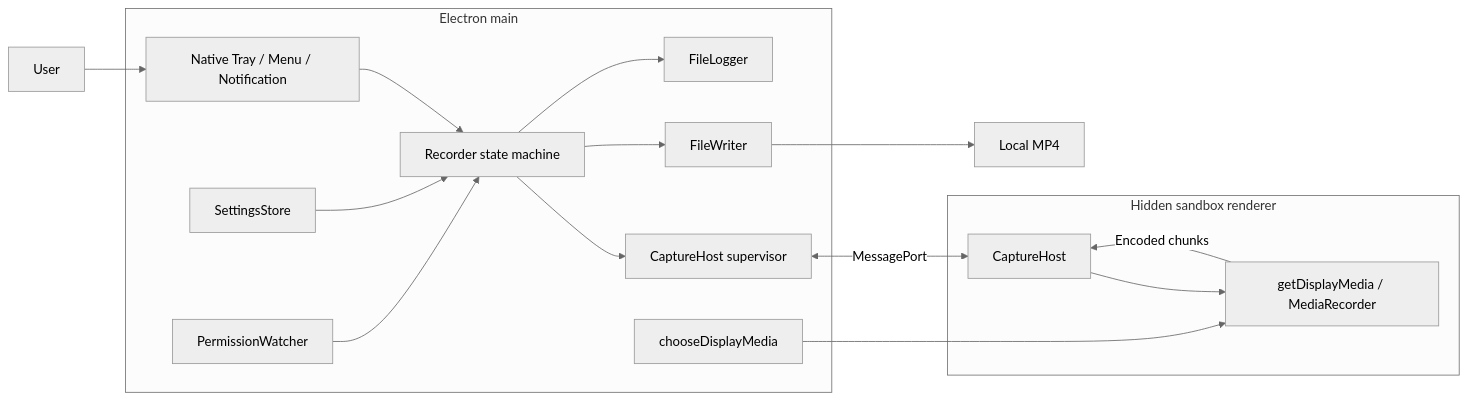
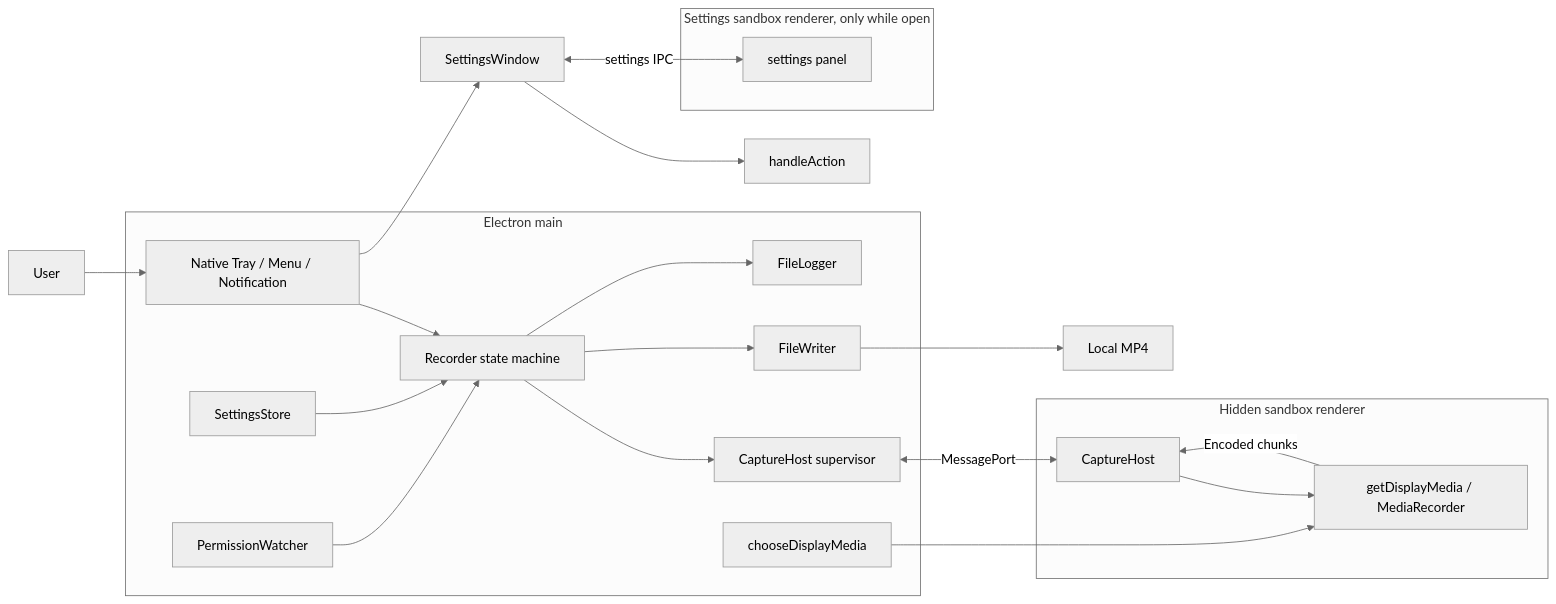
One commit to EricTsai83/recordstuff changed the diagram in docs/system-design/architecture.md. Above: the diagram before and after it, drawn with Mermaid (neutral theme). The commit also changed other lines of this file and 9 other files, not shown here.

````diff
--- a/docs/system-design/architecture.md
+++ b/docs/system-design/architecture.md
@@ -11,20 +11,26 @@
 ```mermaid
 flowchart LR
     User[User] --> Tray[Native Tray / Menu / Notification]
     subgraph Main[Electron main]
       Tray --> Recorder[Recorder state machine]
       Settings[SettingsStore] --> Recorder
       Permission[PermissionWatcher] --> Recorder
       Recorder --> Supervisor[CaptureHost supervisor]
       Recorder --> Writer[FileWriter]
       Recorder --> Log[FileLogger]
       Select[chooseDisplayMedia]
     end
+    Tray --> Panel[SettingsWindow]
+    Panel --> Action[handleAction]
     Supervisor <-->|MessagePort| Host
     subgraph Renderer[Hidden sandbox renderer]
       Host[CaptureHost] --> Media[getDisplayMedia / MediaRecorder]
     end
+    subgraph PanelRenderer[Settings sandbox renderer, only while open]
+      Page[settings panel]
+    end
+    Panel <-->|settings IPC| Page
     Select --> Media
     Media -->|Encoded chunks| Host
     Writer --> Disk[Local MP4]
 ```
````
